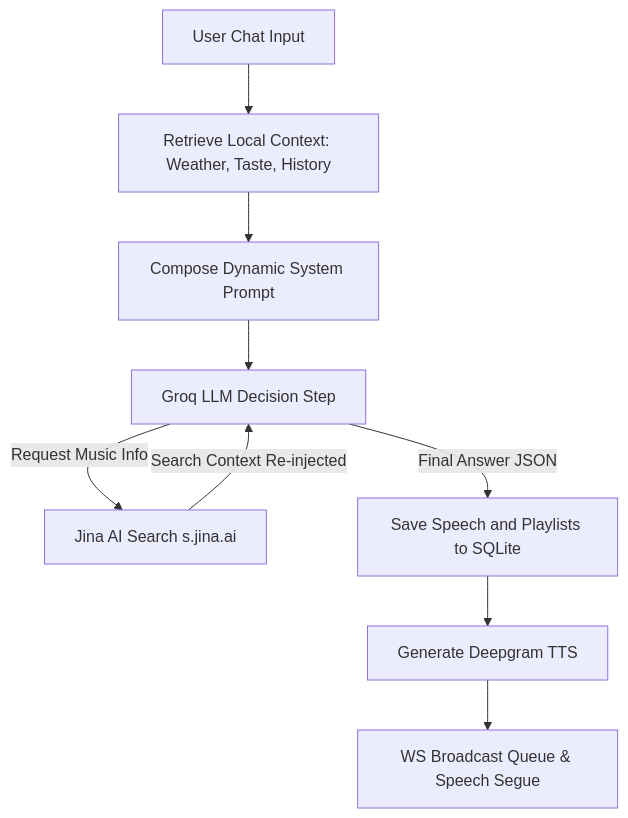
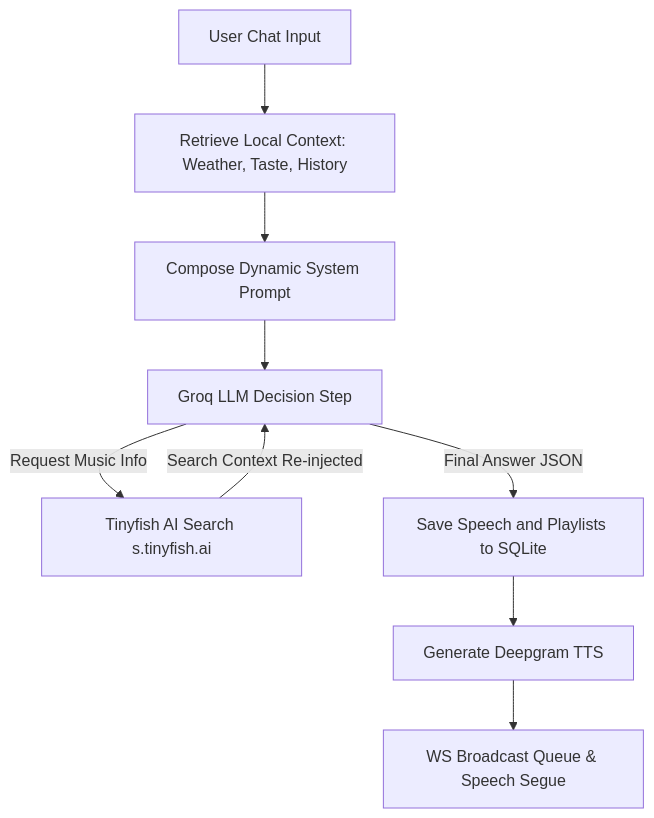
Before and after one commit to KNIGHTABDO/claudio: the second of 2 diagrams in README.md, drawn with Mermaid. The commit also changed other lines of this file and 5 other files, not shown here.

Commit message:
✨ refactor: replace Jina AI with Tinyfish AI in architecture and code

````diff
--- a/README.md
+++ b/README.md
@@ -89,11 +89,11 @@
 ```mermaid
 graph TD
     A[User Chat Input] --> B[Retrieve Local Context: Weather, Taste, History]
     B --> C[Compose Dynamic System Prompt]
     C --> D[Groq LLM Decision Step]
-    D -->|Request Music Info| E[Jina AI Search s.jina.ai]
+    D -->|Request Music Info| E[Tinyfish AI Search s.tinyfish.ai]
     E -->|Search Context Re-injected| D
     D -->|Final Answer JSON| F[Save Speech and Playlists to SQLite]
     F --> G[Generate Deepgram TTS]
     G --> H[WS Broadcast Queue & Speech Segue]
 ```
````
